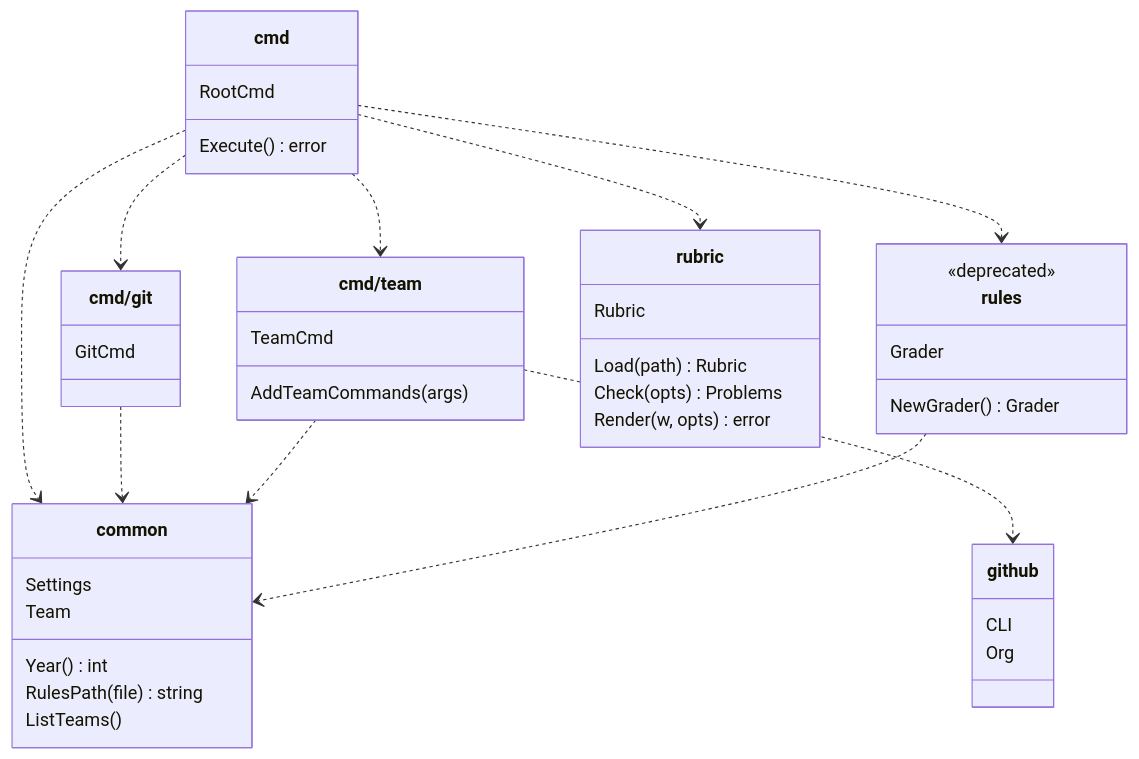
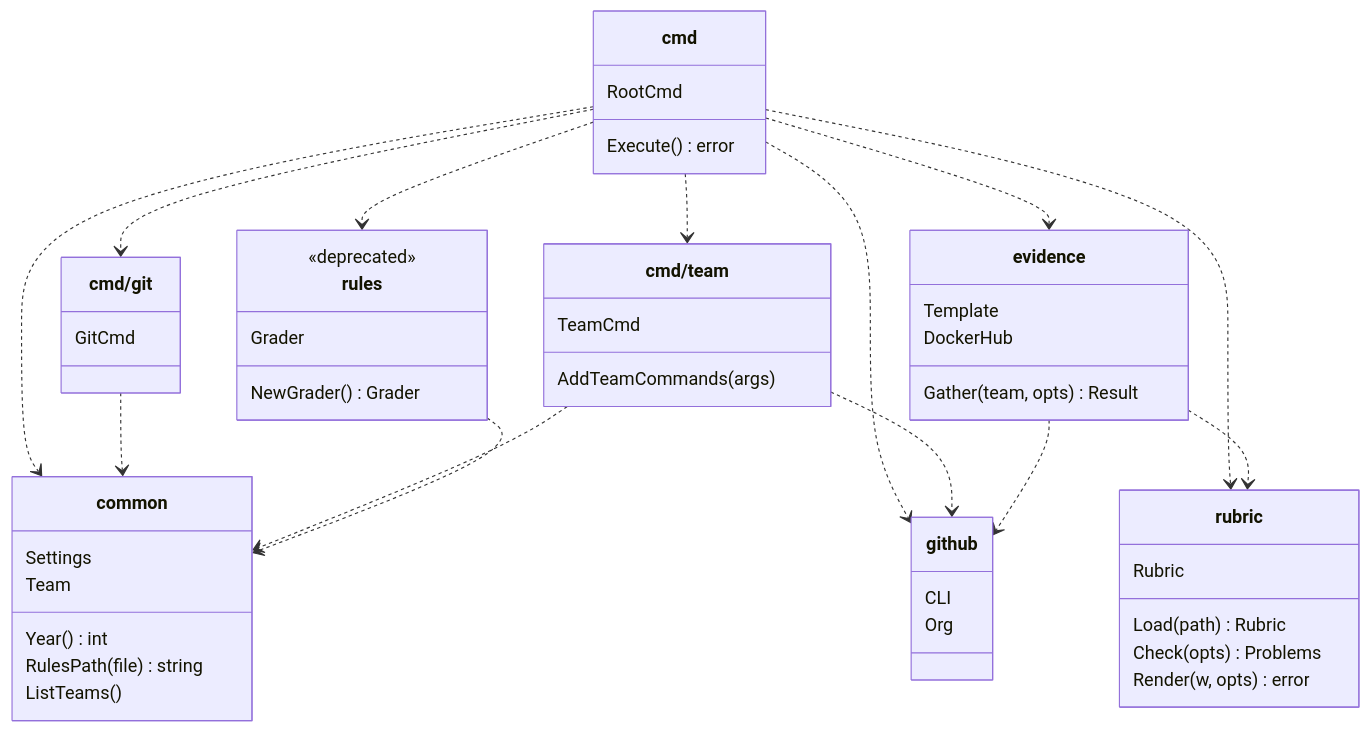
Before and after one commit to mincong-classroom/mc: the diagram in CONTRIBUTING.md, drawn with Mermaid. The commit also changed other lines of this file and 13 other files, not shown here.

Commit message:
Gather the evidence of each rule of a lab with mc evidence (#30)

````diff
--- a/CONTRIBUTING.md
+++ b/CONTRIBUTING.md
@@ -9,46 +9,55 @@
 ```mermaid
 classDiagram
     direction TB
     class cmd {
         RootCmd
         Execute() error
     }
     class cmd_git["cmd/git"] {
         GitCmd
     }
     class cmd_team["cmd/team"] {
         TeamCmd
         AddTeamCommands(args)
     }
     class rules {
         <<deprecated>>
         Grader
         NewGrader() Grader
     }
     class common {
         Settings
         Team
         Year() int
         RulesPath(file) string
         ListTeams()
     }
     class github {
         CLI
         Org
     }
     class rubric {
         Rubric
         Load(path) Rubric
         Check(opts) Problems
         Render(w, opts) error
     }
+    class evidence {
+        Gather(team, opts) Result
+        Template
+        DockerHub
+    }
     cmd ..> cmd_git
     cmd ..> cmd_team
     cmd ..> rules
     cmd ..> common
+    cmd ..> evidence
+    cmd ..> github
     cmd ..> rubric
     cmd_git ..> common
     cmd_team ..> common
     cmd_team ..> github
     rules ..> common
+    evidence ..> github
+    evidence ..> rubric
 ```
````
